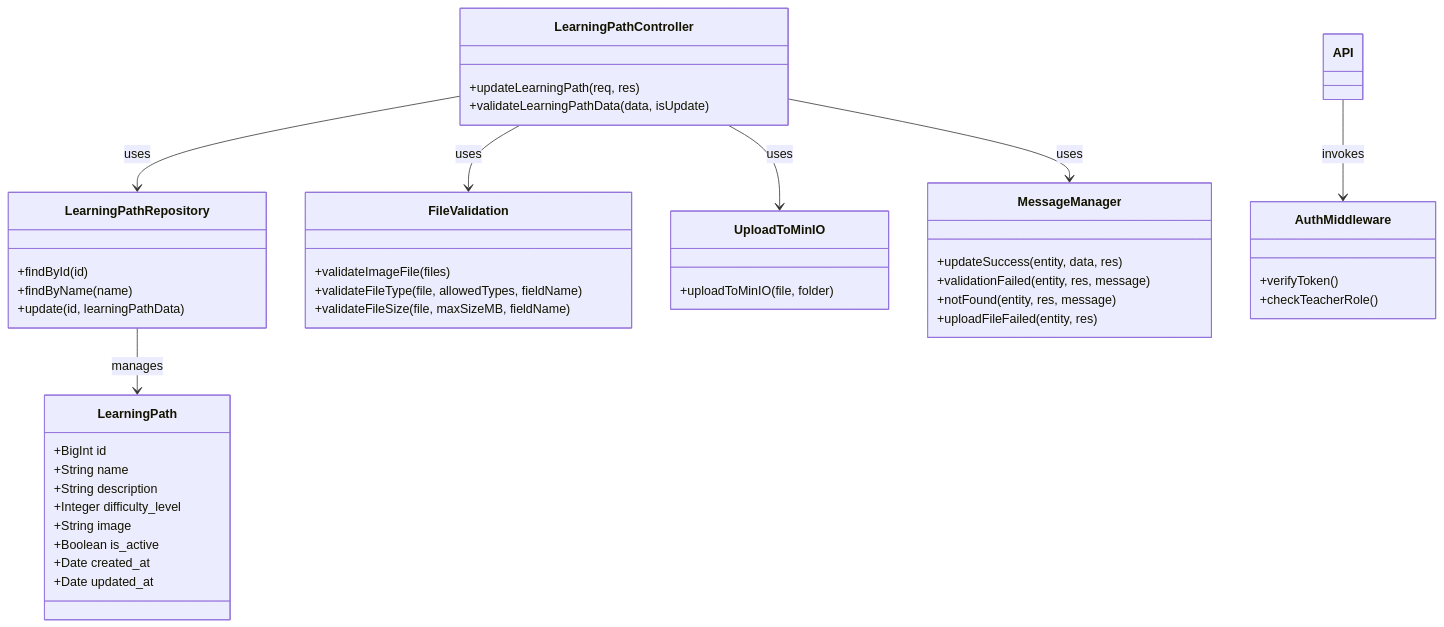
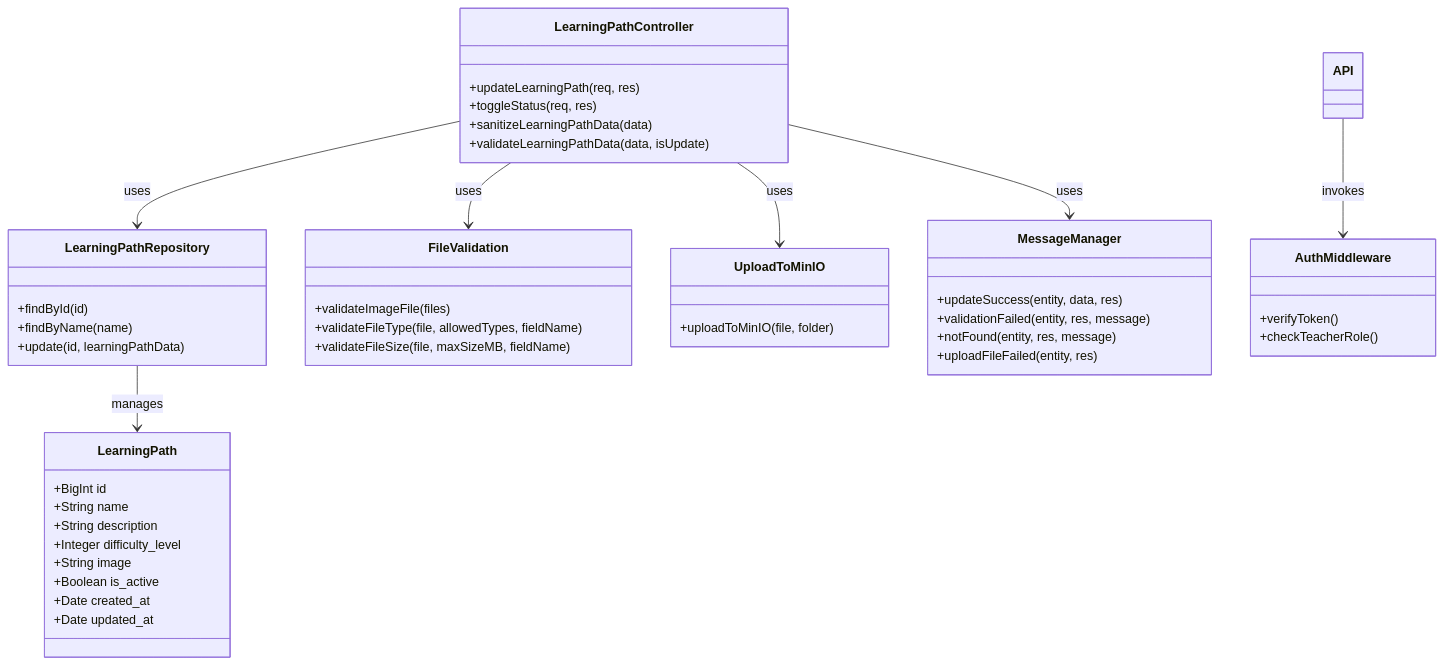
One commit to NgTuanHung051103/docs changed the second of 2 diagrams in hungnt/UC_LP03_Update_Learning_Path.md. Above: the diagram before and after it, drawn with Mermaid. The commit also changed other lines of this file, not shown here.

Commit message:
Update authen cho sequence UC_LP03

````diff
--- a/hungnt/UC_LP03_Update_Learning_Path.md
+++ b/hungnt/UC_LP03_Update_Learning_Path.md
@@ -343,53 +351,55 @@
 ```mermaid
 classDiagram
   class LearningPath {
     +BigInt id
     +String name
     +String description
     +Integer difficulty_level
     +String image
     +Boolean is_active
     +Date created_at
     +Date updated_at
   }
 
   class LearningPathController {
     +updateLearningPath(req, res)
+    +toggleStatus(req, res)
+    +sanitizeLearningPathData(data)
     +validateLearningPathData(data, isUpdate)
   }
 
   class LearningPathRepository {
     +findById(id)
     +findByName(name)
     +update(id, learningPathData)
   }
 
   class FileValidation {
     +validateImageFile(files)
     +validateFileType(file, allowedTypes, fieldName)
     +validateFileSize(file, maxSizeMB, fieldName)
   }
 
   class UploadToMinIO {
     +uploadToMinIO(file, folder)
   }
 
   class AuthMiddleware {
     +verifyToken()
     +checkTeacherRole()
   }
 
   class MessageManager {
     +updateSuccess(entity, data, res)
     +validationFailed(entity, res, message)
     +notFound(entity, res, message)
     +uploadFileFailed(entity, res)
   }
 
   LearningPathController --> LearningPathRepository : uses
   LearningPathController --> FileValidation : uses
   LearningPathController --> UploadToMinIO : uses
   LearningPathController --> MessageManager : uses
   LearningPathRepository --> LearningPath : manages
   API --> AuthMiddleware : invokes
 ```
````
